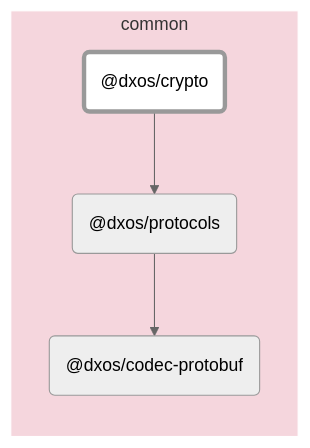
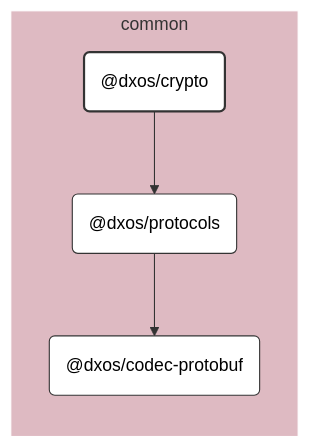
One commit to dxos/dxos changed the diagram in packages/common/crypto/docs/README.md. Above: the diagram before and after it, drawn with Mermaid (neutral theme). The commit also changed 100 other files, not shown here.

````diff
--- a/packages/common/crypto/docs/README.md
+++ b/packages/common/crypto/docs/README.md
@@ -7,18 +7,33 @@
 ```mermaid
-flowchart LR;
+%%{ init: {'flowchart':{'curve':'basis'}} }%%
 
-style dxos/crypto fill:#fff,stroke-width:4px;
+flowchart LR
 
-click dxos/protocols "https:/github.com/dxos/dxos/tree/main/packages/common/protocols/docs";
-click dxos/codec-protobuf "https:/github.com/dxos/dxos/tree/main/packages/common/codec-protobuf/docs";
+%% Links
+dxos/crypto --> dxos/protocols;
+dxos/protocols --> dxos/codec-protobuf;
 
+%% Sections
 subgraph common
-  style common fill:#f5d6dd,stroke:#fff;
-  dxos/crypto("@dxos/crypto");
-  dxos/protocols("@dxos/protocols");
-  dxos/codec-protobuf("@dxos/codec-protobuf");
+  style common fill:#debac2,stroke:#fff;
+
+  dxos/codec-protobuf("@dxos/codec-protobuf")
+  dxos/crypto("@dxos/crypto")
+  dxos/protocols("@dxos/protocols")
 end
 
-dxos/crypto --> dxos/protocols;
-dxos/protocols --> dxos/codec-protobuf;
+
+%% Hyperlinks
+click dxos/codec-protobuf href "https:/github.com/dxos/dxos/tree/main/packages/common/codec-protobuf/docs";
+click dxos/protocols href "https:/github.com/dxos/dxos/tree/main/packages/common/protocols/docs";
+
+%% Styles
+classDef rootNode fill:#fff,stroke:#333,stroke-width:2px
+classDef defaultNode fill:#fff,stroke:#333,stroke-width:1px
+linkStyle default stroke:#333,stroke-width:1px
+
+dxos/crypto:::rootNode
+
+dxos/codec-protobuf:::defaultNode
+dxos/protocols:::defaultNode
 ```
````
